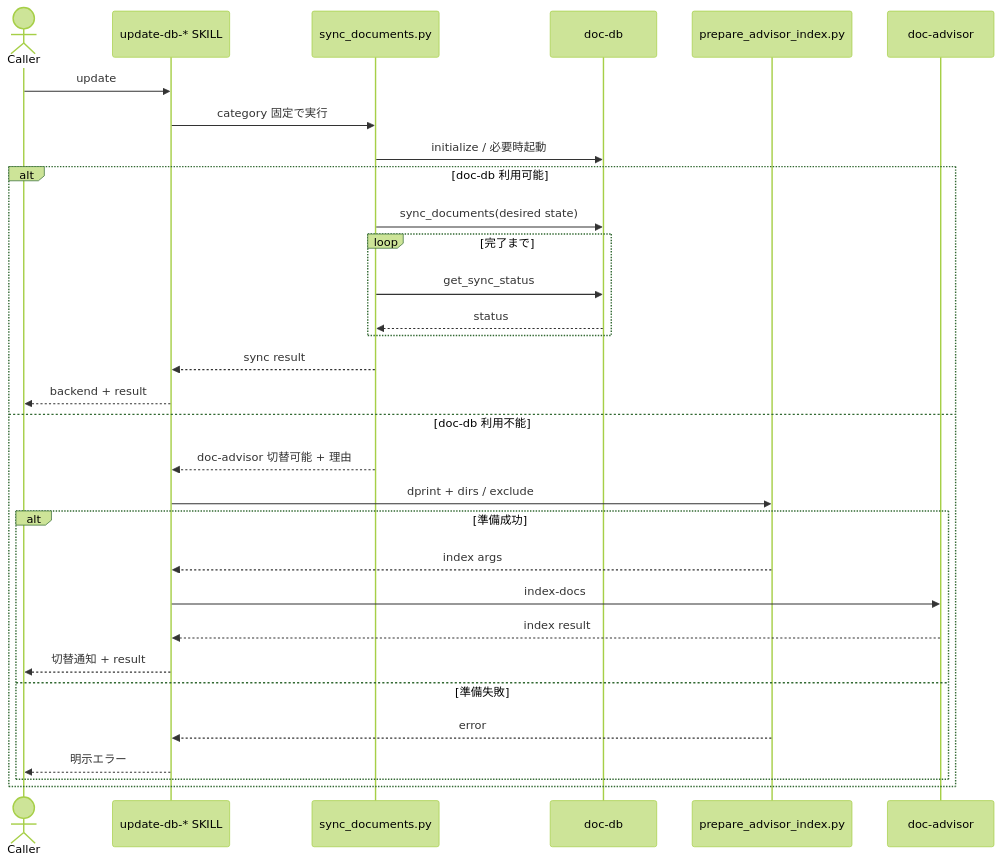
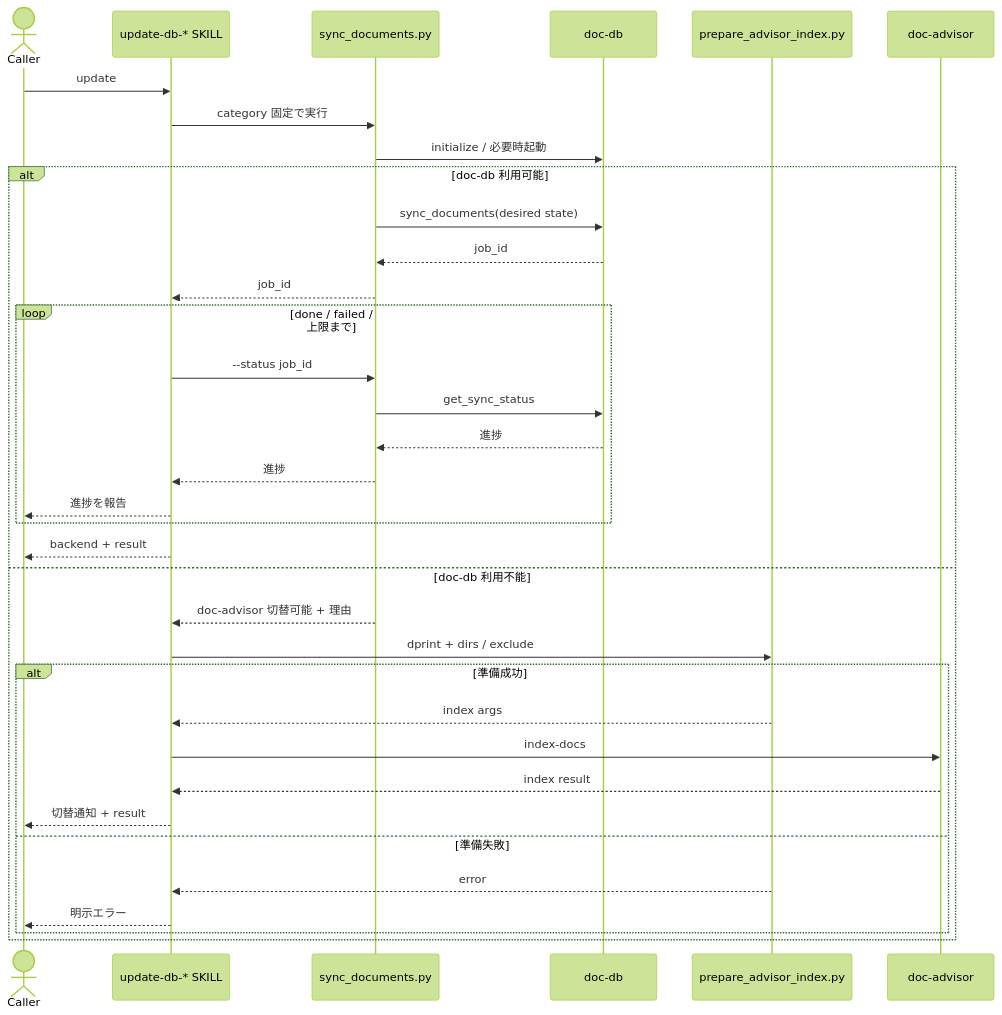
The third of 3 diagrams in docs/specs/doc-db/design/DES-057_doc_db_backend_selection_design.md (BlueEventHorizon/bw-cc-plugins), drawn with Mermaid (forest theme) before and after one commit. The commit also changed other lines of this file and 1 other file, not shown here.

````diff
--- a/docs/specs/doc-db/design/DES-057_doc_db_backend_selection_design.md
+++ b/docs/specs/doc-db/design/DES-057_doc_db_backend_selection_design.md
@@ -491,34 +632,38 @@
 ```mermaid
 sequenceDiagram
     actor Caller
     participant Skill as update-db-* SKILL
     participant Script as sync_documents.py
     participant DB as doc-db
     participant Prepare as prepare_advisor_index.py
     participant Advisor as doc-advisor
 
     Caller->>Skill: update
     Skill->>Script: category 固定で実行
     Script->>DB: initialize / 必要時起動
     alt doc-db 利用可能
         Script->>DB: sync_documents(desired state)
-        loop 完了まで
+        DB-->>Script: job_id
+        Script-->>Skill: job_id
+        loop done / failed / 上限まで
+            Skill->>Script: --status job_id
             Script->>DB: get_sync_status
-            DB-->>Script: status
+            DB-->>Script: 進捗
+            Script-->>Skill: 進捗
+            Skill-->>Caller: 進捗を報告
         end
-        Script-->>Skill: sync result
         Skill-->>Caller: backend + result
     else doc-db 利用不能
         Script-->>Skill: doc-advisor 切替可能 + 理由
         Skill->>Prepare: dprint + dirs / exclude
         alt 準備成功
             Prepare-->>Skill: index args
             Skill->>Advisor: index-docs
             Advisor-->>Skill: index result
             Skill-->>Caller: 切替通知 + result
         else 準備失敗
             Prepare-->>Skill: error
             Skill-->>Caller: 明示エラー
         end
     end
 ```
````
